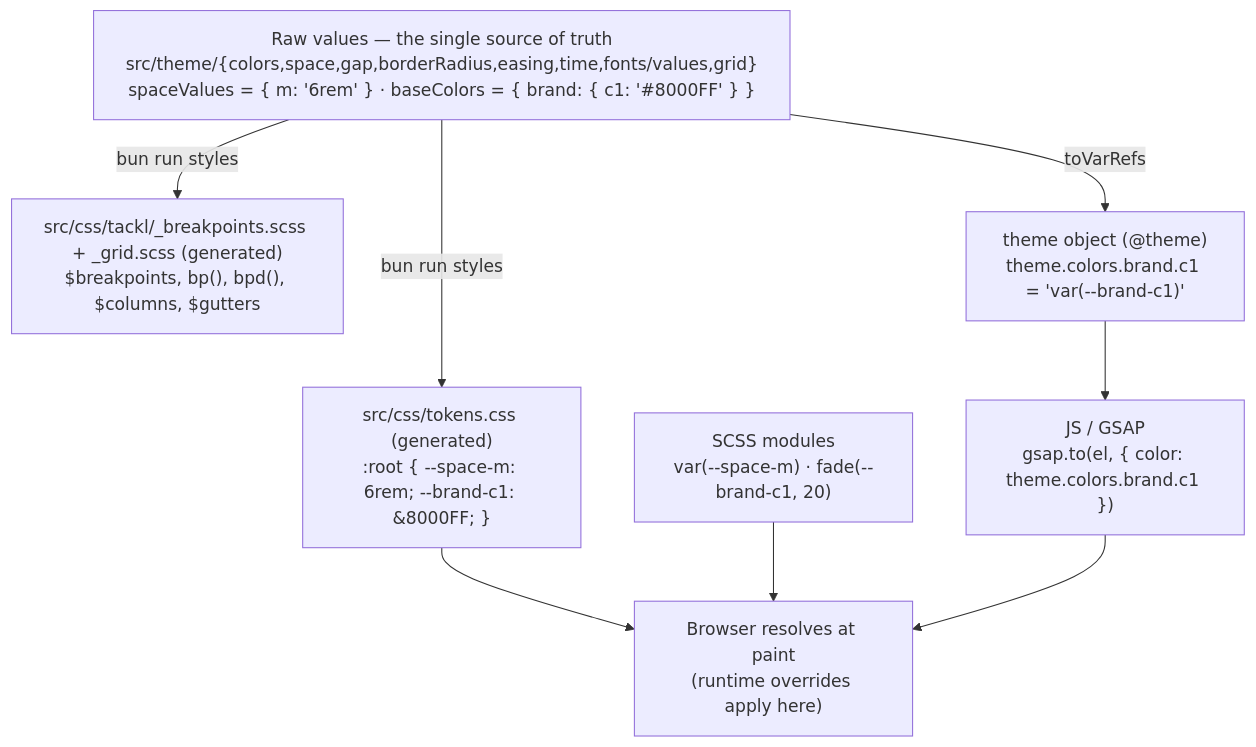
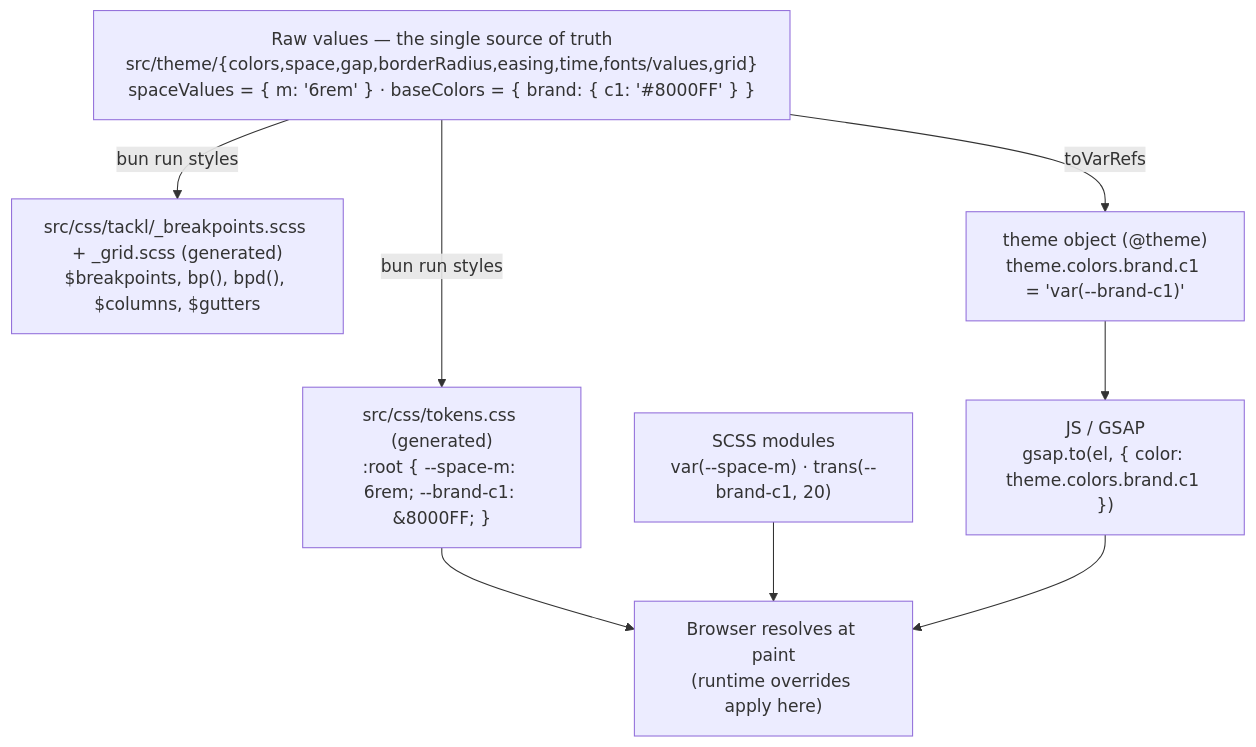
One commit to 12-Studio/Tackl changed the diagram in docs/Tackl/Theming.md. Above: the diagram before and after it, drawn with Mermaid. The commit also changed other lines of this file and 14 other files, not shown here.

First line of the commit message:
✏️ Rename the SCSS fade() helper to trans()

````diff
--- a/docs/Tackl/Theming.md
+++ b/docs/Tackl/Theming.md
@@ -7,10 +7,10 @@
 ```mermaid
 flowchart TD
     V["Raw values — the single source of truth\nsrc/theme/{colors,space,gap,borderRadius,easing,time,fonts/values,grid}\nspaceValues = { m: '6rem' } · baseColors = { brand: { c1: '#8000FF' } }"]
     V -->|bun run styles| R["src/css/tokens.css (generated)\n:root { --space-m: 6rem; --brand-c1: #8000FF; }"]
     V -->|bun run styles| S["src/css/tackl/_breakpoints.scss + _grid.scss (generated)\n$breakpoints, bp(), bpd(), $columns, $gutters"]
     V -->|toVarRefs| T["theme object (@theme)\ntheme.colors.brand.c1 = 'var(--brand-c1)'"]
     R --> B["Browser resolves at paint\n(runtime overrides apply here)"]
-    M["SCSS modules\nvar(--space-m) · fade(--brand-c1, 20)"] --> B
+    M["SCSS modules\nvar(--space-m) · trans(--brand-c1, 20)"] --> B
     T --> J["JS / GSAP\ngsap.to(el, { color: theme.colors.brand.c1 })"] --> B
 ```
````
